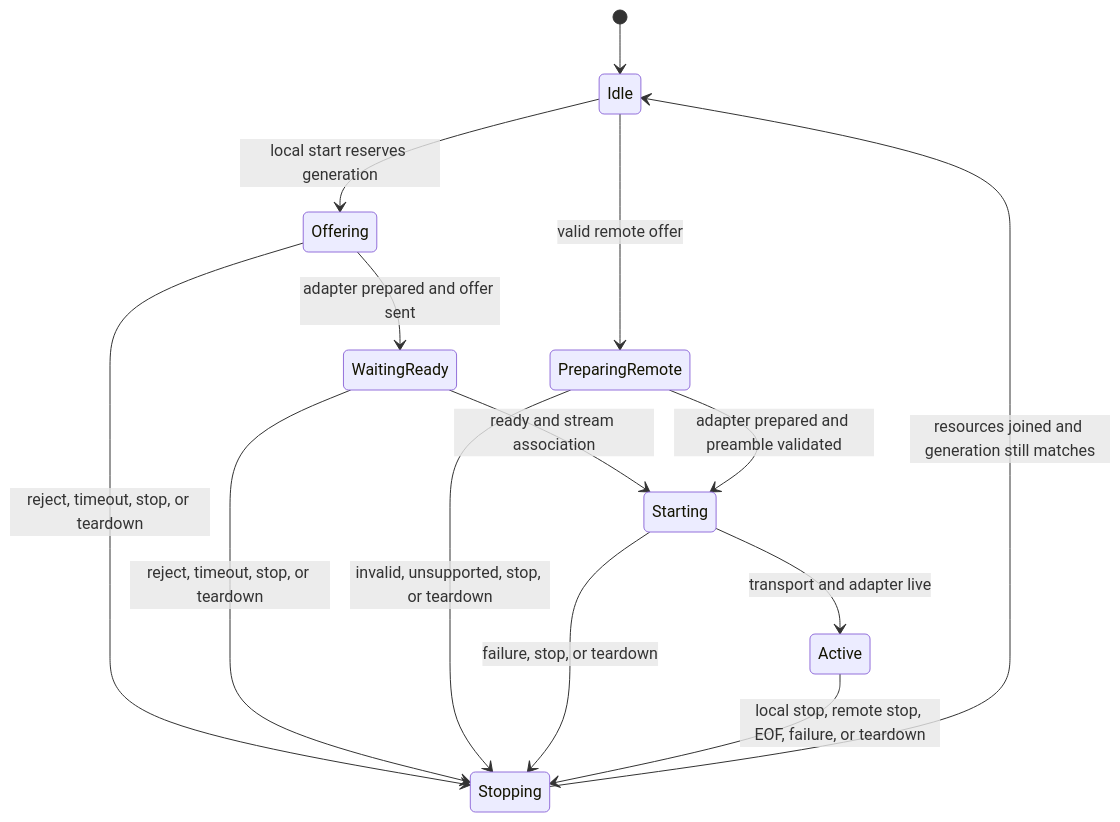
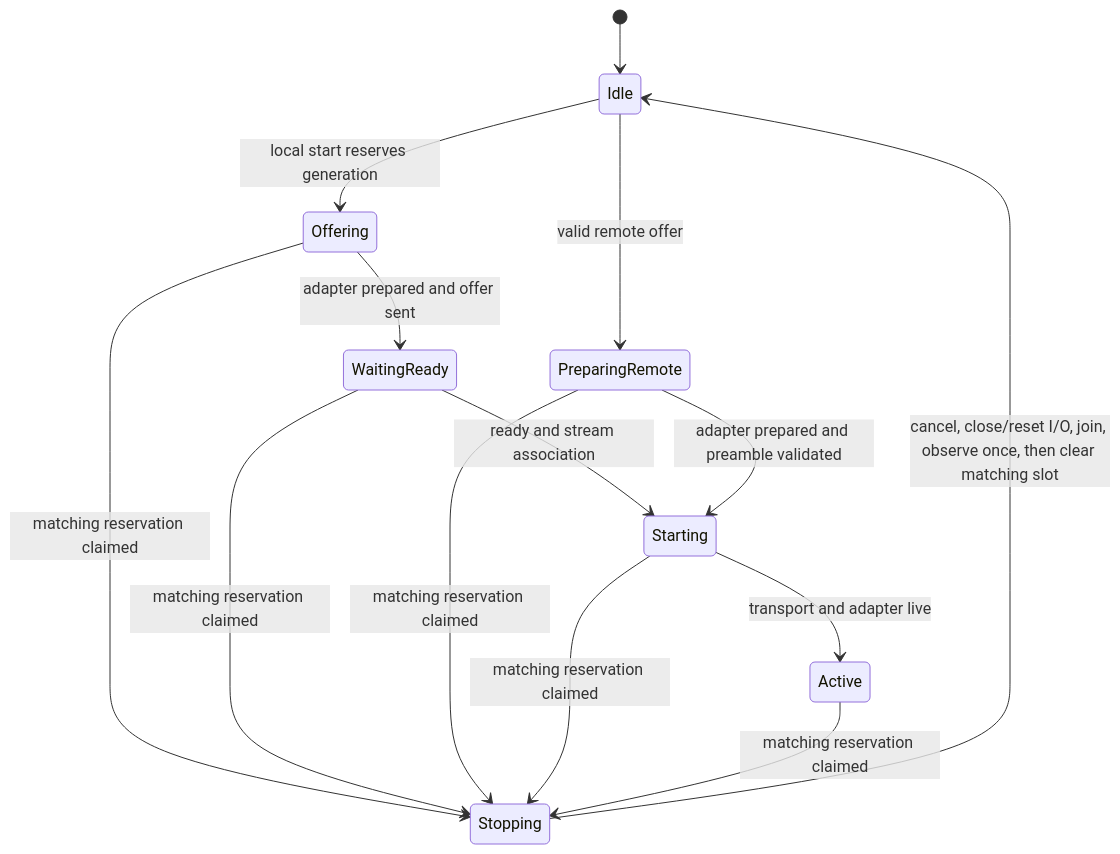
The second of 4 diagrams in docs/plans/2026-07-17-001-refactor-generic-video-sessions-plan.md (chanderlud/telepathy), drawn with Mermaid before and after one commit. The commit also changed other lines of this file, not shown here.

````diff
--- a/docs/plans/2026-07-17-001-refactor-generic-video-sessions-plan.md
+++ b/docs/plans/2026-07-17-001-refactor-generic-video-sessions-plan.md
@@ -178,16 +178,16 @@
 ```mermaid
 stateDiagram-v2
     [*] --> Idle
     Idle --> Offering: local start reserves generation
     Idle --> PreparingRemote: valid remote offer
     Offering --> WaitingReady: adapter prepared and offer sent
     WaitingReady --> Starting: ready and stream association
     PreparingRemote --> Starting: adapter prepared and preamble validated
     Starting --> Active: transport and adapter live
-    Offering --> Stopping: reject, timeout, stop, or teardown
-    WaitingReady --> Stopping: reject, timeout, stop, or teardown
-    PreparingRemote --> Stopping: invalid, unsupported, stop, or teardown
-    Starting --> Stopping: failure, stop, or teardown
-    Active --> Stopping: local stop, remote stop, EOF, failure, or teardown
-    Stopping --> Idle: resources joined and generation still matches
+    Offering --> Stopping: matching reservation claimed
+    WaitingReady --> Stopping: matching reservation claimed
+    PreparingRemote --> Stopping: matching reservation claimed
+    Starting --> Stopping: matching reservation claimed
+    Active --> Stopping: matching reservation claimed
+    Stopping --> Idle: cancel, close/reset I/O, join, observe once, then clear matching slot
 ```
````
